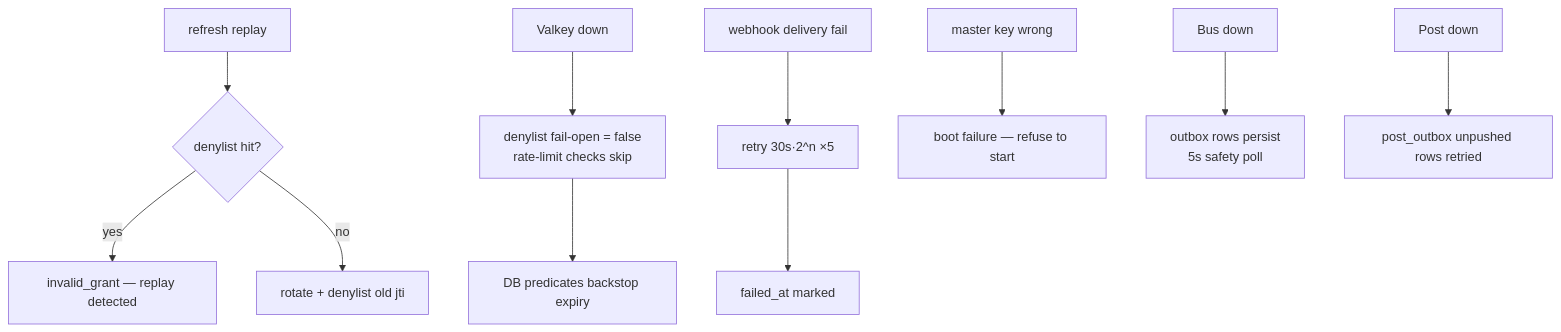
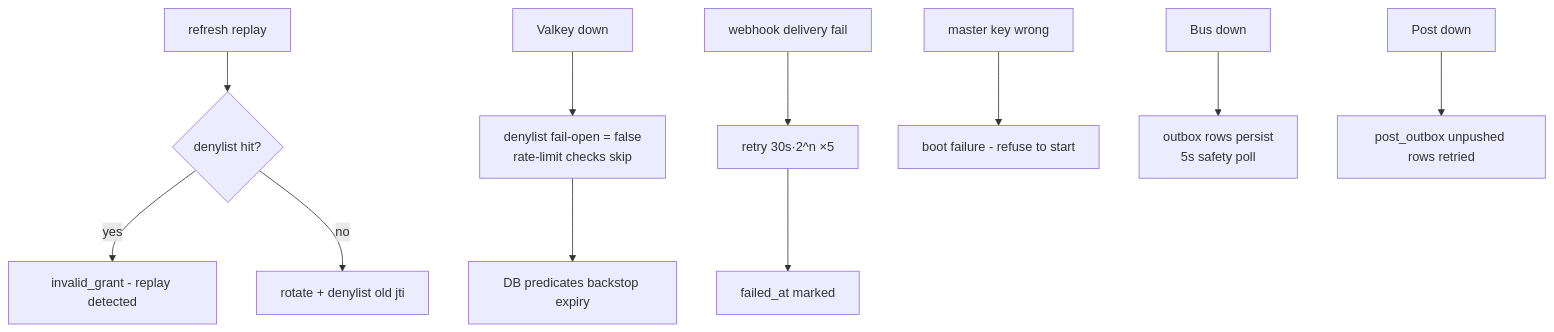
The tenth of 12 diagrams in docs/services/auth/design.md (Sentin8/sentin8-site), drawn with Mermaid before and after one commit. The commit also changed other lines of this file and 105 other files, not shown here.

````diff
--- a/docs/services/auth/design.md
+++ b/docs/services/auth/design.md
@@ -447,13 +447,13 @@
 ```mermaid
 flowchart TD
     A[refresh replay] --> B{denylist hit?}
-    B -- yes --> C[invalid_grant — replay detected]
+    B -- yes --> C[invalid_grant - replay detected]
     B -- no --> D[rotate + denylist old jti]
     E[Valkey down] --> F[denylist fail-open = false<br/>rate-limit checks skip]
     F --> G[DB predicates backstop expiry]
     H[webhook delivery fail] --> I[retry 30s·2^n ×5]
     I --> J[failed_at marked]
-    K[master key wrong] --> L[boot failure — refuse to start]
+    K[master key wrong] --> L[boot failure - refuse to start]
     M[Bus down] --> N[outbox rows persist<br/>5s safety poll]
     O[Post down] --> P[post_outbox unpushed rows retried]
 ```
````
